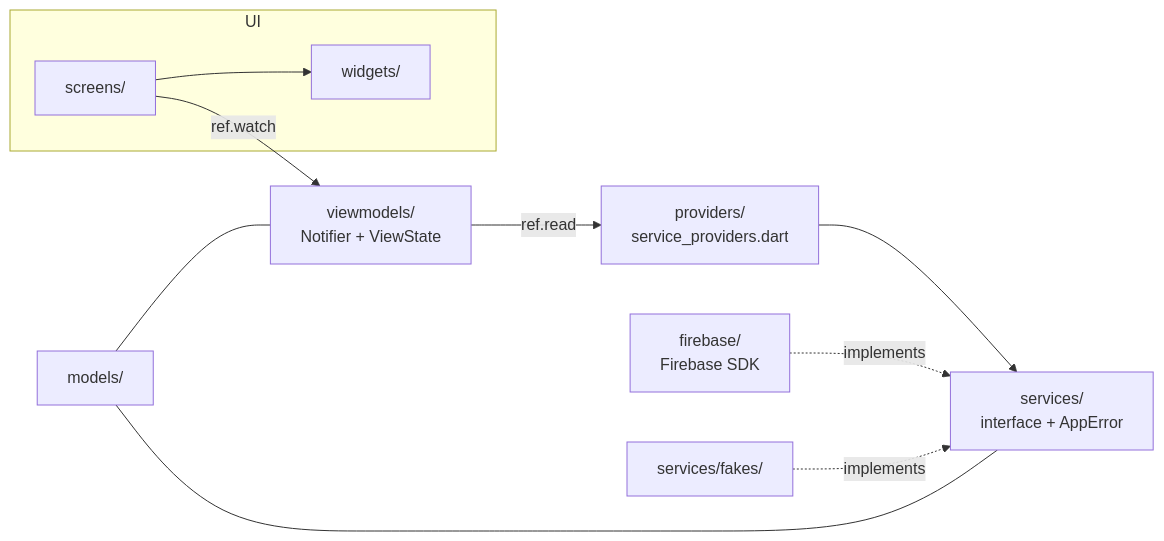
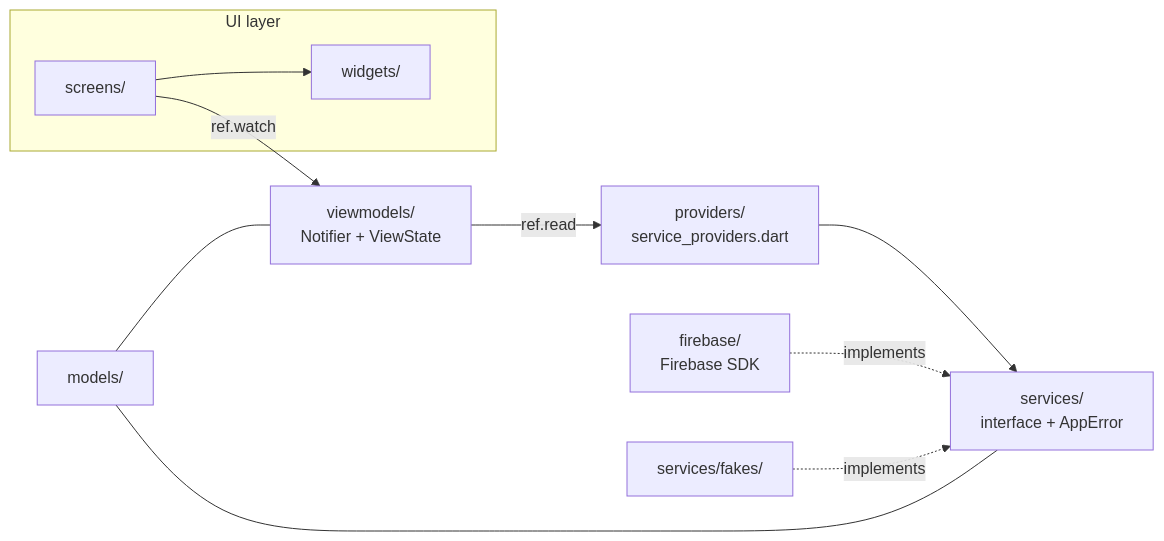
One commit to no-solace/prm-teamup-mobile changed the first of 2 diagrams in docs/architecture.md. Above: the diagram before and after it, drawn with Mermaid. The commit also changed other lines of this file and 12 other files, not shown here.

````diff
--- a/docs/architecture.md
+++ b/docs/architecture.md
@@ -9,13 +11,13 @@
 ```mermaid
 flowchart LR
-  subgraph UI
-    S[screens/] --> W[widgets/]
+  subgraph UI["UI layer"]
+    S["screens/"] --> W["widgets/"]
   end
-  S -->|ref.watch| VM[viewmodels/<br/>Notifier + ViewState]
-  VM -->|ref.read| P[providers/<br/>service_providers.dart]
-  P --> I[services/<br/>interface + AppError]
-  F[firebase/<br/>Firebase SDK] -. implements .-> I
-  K[services/fakes/] -. implements .-> I
-  M[models/] --- VM
+  S -->|ref.watch| VM["viewmodels/<br/>Notifier + ViewState"]
+  VM -->|ref.read| P["providers/<br/>service_providers.dart"]
+  P --> I["services/<br/>interface + AppError"]
+  F["firebase/<br/>Firebase SDK"] -. implements .-> I
+  K["services/fakes/"] -. implements .-> I
+  M["models/"] --- VM
   M --- I
 ```
````
